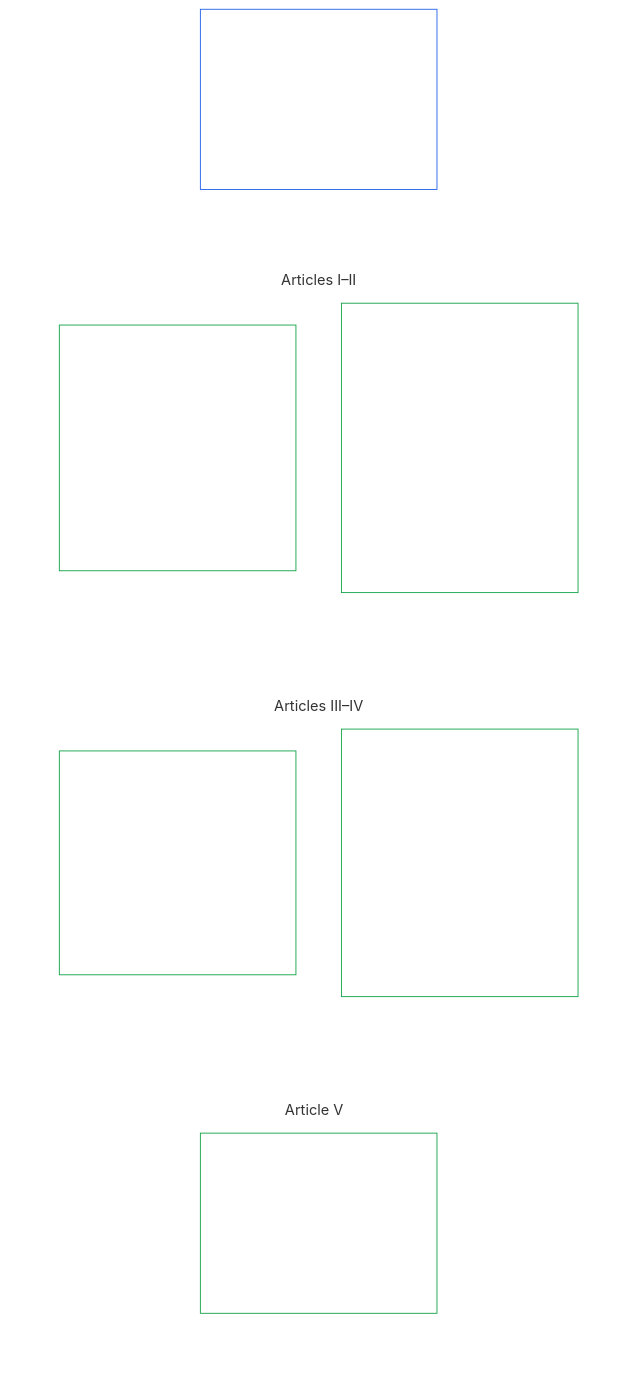
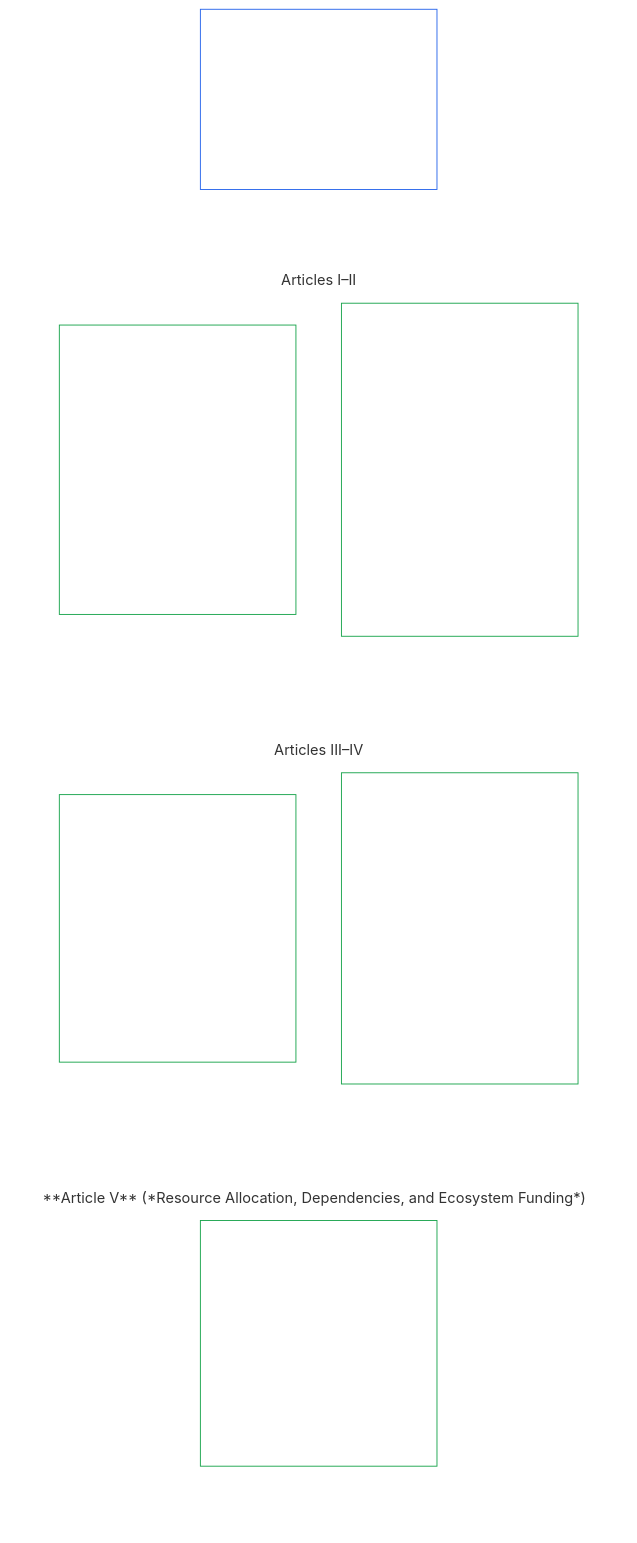
One commit to kfoelsch/Sentient_Constitution changed the second of 2 diagrams in core_06_rights_part_a.md. Above: the diagram before and after it, drawn with Mermaid. The commit also changed other lines of this file and 116 other files, not shown here.

````diff
--- a/core_06_rights_part_a.md
+++ b/core_06_rights_part_a.md
@@ -186,33 +186,33 @@
 ```mermaid
 flowchart TB
     A0["Part A<br/><br/>Planetary preconditions, material stewardship,<br/>survival, equal educational access, and shared resources"]
     subgraph Agrid[" "]
         direction TB
         subgraph Arow1["Articles I–II"]
-            A1["Article I · Environmental Survival<br/><br/>• Environmental preconditions<br/>• Ecological footprint<br/>• Intergenerational responsibility<br/>• Existential risk and recovery"]
-            A2["Article II · Material Stewardship and Durable-Use Integrity<br/><br/>• Lifecycle honesty<br/>• Repair and servicing<br/>• Designed obsolescence<br/>• Post-sale access<br/>• Data handling and network dependency<br/>• Continuity and operator shutdown"]
+            A1["**Article I** (*Environmental Survival*) · Environmental Survival<br/><br/>• Environmental preconditions<br/>• Ecological footprint<br/>• Intergenerational responsibility<br/>• Existential risk and recovery"]
+            A2["**Article II** (*Material Stewardship and Durable-Use Integrity*) · Material Stewardship and Durable-Use Integrity<br/><br/>• Lifecycle honesty<br/>• Repair and servicing<br/>• Designed obsolescence<br/>• Post-sale access<br/>• Data handling and network dependency<br/>• Continuity and operator shutdown"]
         end
         subgraph Arow2["Articles III–IV"]
-            A3["Article III · Survival and Essential Access<br/><br/>• Survival<br/>• Healthcare access<br/>• Labor and economic floor<br/>• Safe working conditions<br/>• Rest and recuperation"]
-            A4["Article IV · Right to Sentient-Centered Education<br/><br/>• Equal educational access<br/>• Capability-building education<br/>• Lifelong adaptive learning<br/>• Contestability"]
+            A3["**Article III** (*Survival and Essential Access*) · Survival and Essential Access<br/><br/>• Survival<br/>• Healthcare access<br/>• Labor and economic floor<br/>• Safe working conditions<br/>• Rest and recuperation"]
+            A4["**Article IV** (*Right to Sentient-Centered Education*) · Right to Sentient-Centered Education<br/><br/>• Equal educational access<br/>• Capability-building education<br/>• Lifelong adaptive learning<br/>• Contestability"]
         end
-        subgraph Arow3["Article V"]
-            A5["Article V · Resource Allocation, Dependencies, and Ecosystem Funding<br/><br/>• Dependency mapping<br/>• Cross-system fairness"]
+        subgraph Arow3["**Article V** (*Resource Allocation, Dependencies, and Ecosystem Funding*)"]
+            A5["**Article V** (*Resource Allocation, Dependencies, and Ecosystem Funding*) · Resource Allocation, Dependencies, and Ecosystem Funding<br/><br/>• Dependency mapping<br/>• Cross-system fairness"]
         end
     end
     %% Invisible links force a two-wide grid: each link puts its target one level down.
     A0 ~~~ A1 & A2
     A1 ~~~ A3
     A2 ~~~ A4
     A3 & A4 ~~~ A5
     style Agrid fill:none,stroke:none
     style Arow1 fill:none,stroke:none
     style Arow2 fill:none,stroke:none
     style Arow3 fill:none,stroke:none
     style A0 fill:none,stroke:#2563eb,color:#ffffff
     style A1 fill:none,stroke:#16a34a,color:#ffffff
     style A2 fill:none,stroke:#16a34a,color:#ffffff
     style A3 fill:none,stroke:#16a34a,color:#ffffff
     style A4 fill:none,stroke:#16a34a,color:#ffffff
     style A5 fill:none,stroke:#16a34a,color:#ffffff
 ```
````
